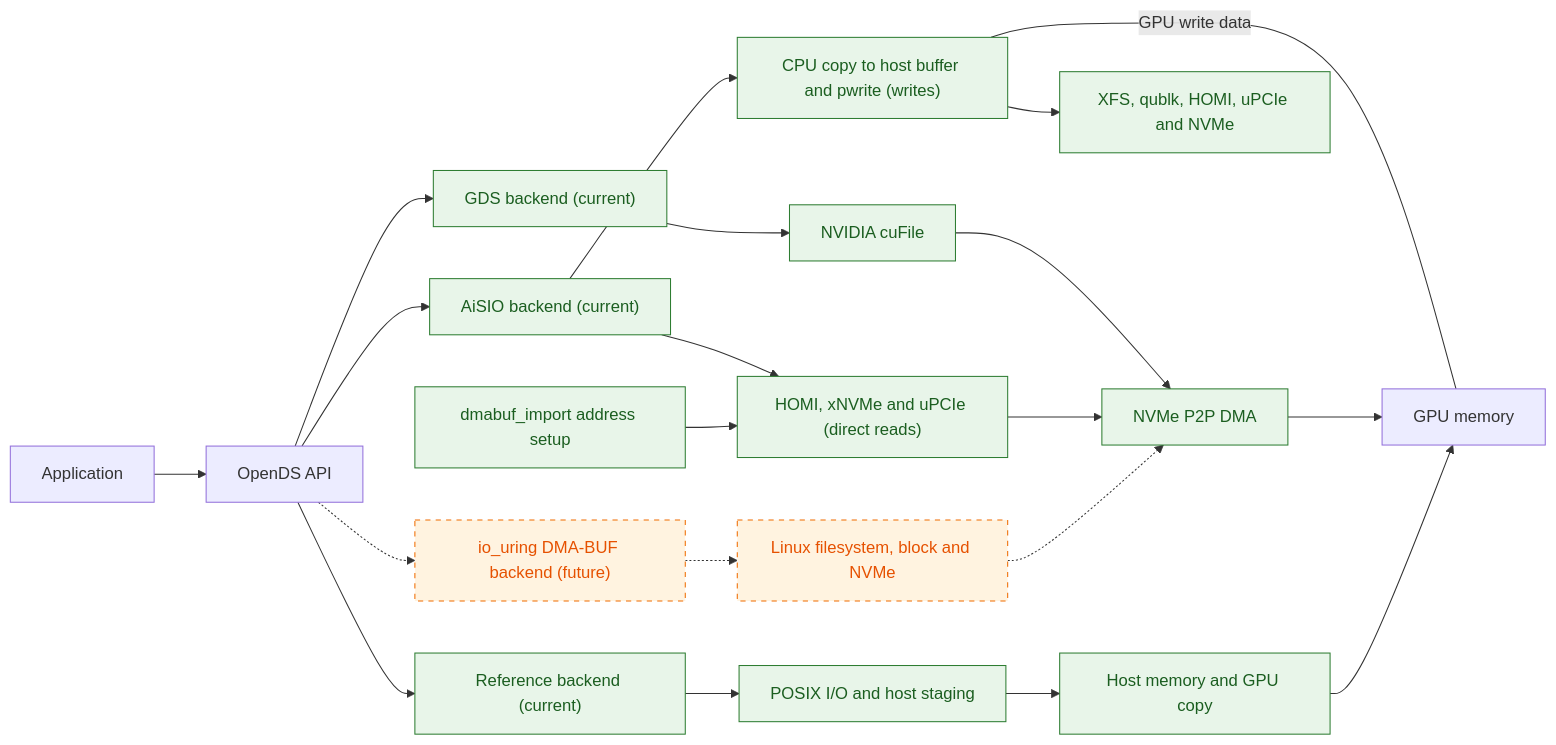
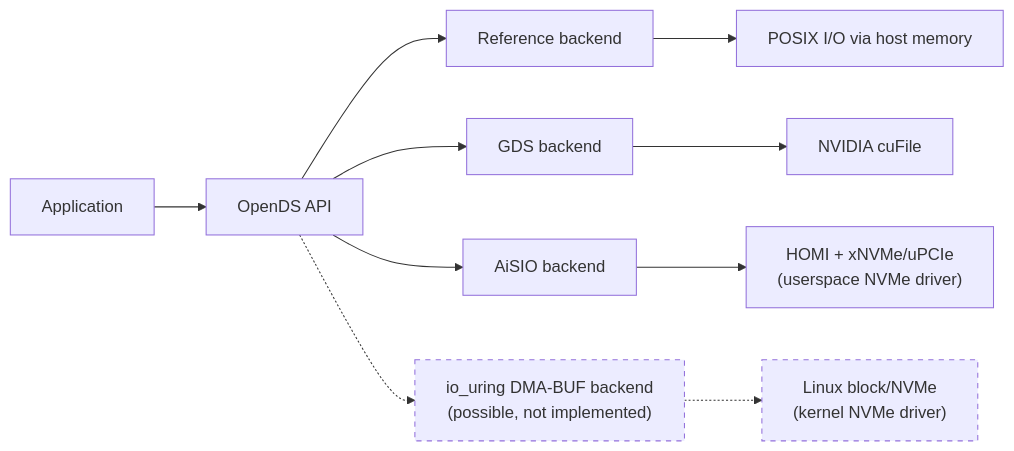
One commit to anuj7781/pages changed the first of 5 diagrams in aisio-opends-notes.md. Above: the diagram before and after it, drawn with Mermaid. The commit also changed other lines of this file, not shown here.

Commit message:
docs: split AiSIO/OpenDS diagrams by path

````diff
--- a/aisio-opends-notes.md
+++ b/aisio-opends-notes.md
@@ -42,30 +42,11 @@
 ```mermaid
 flowchart LR
     app["Application"] --> api["OpenDS API"]
+    api --> ref["Reference backend"] --> posix["POSIX I/O via host memory"]
+    api --> gds["GDS backend"] --> cufile["NVIDIA cuFile"]
+    api --> aisio["AiSIO backend"] --> user["HOMI + xNVMe/uPCIe<br/>(userspace NVMe driver)"]
+    api -.-> uring["io_uring DMA-BUF backend<br/>(possible, not implemented)"] -.-> kern["Linux block/NVMe<br/>(kernel NVMe driver)"]
 
-    api --> ref["Reference backend (current)"]
-    api --> gds["GDS backend (current)"]
-    api --> aisio["AiSIO backend (current)"]
-    api -.-> uring["io_uring DMA-BUF backend (future)"]
-
-    ref --> posix["POSIX I/O and host staging"]
-    gds --> cufile["NVIDIA cuFile"]
-    aisio --> userStack["HOMI, xNVMe and uPCIe (direct reads)"]
-    aisio --> stagedWrites["CPU copy to host buffer and pwrite (writes)"]
-    importer["dmabuf_import address setup"] --> userStack
-    uring -.-> kernelStack["Linux filesystem, block and NVMe"]
-
-    posix --> hostPath["Host memory and GPU copy"]
-    stagedWrites <---|"GPU write data"| gpu
-    stagedWrites --> writeStack["XFS, qublk, HOMI, uPCIe and NVMe"]
-    cufile --> p2pPath["NVMe P2P DMA"]
-    userStack --> p2pPath
-    kernelStack -.-> p2pPath
-    p2pPath --> gpu["GPU memory"]
-    hostPath --> gpu
-
-    classDef current fill:#e8f5e9,stroke:#2e7d32,color:#1b5e20
-    classDef future fill:#fff3e0,stroke:#ef6c00,color:#e65100,stroke-dasharray:5 5
-    class ref,gds,aisio,posix,cufile,userStack,stagedWrites,writeStack,importer,hostPath,p2pPath current
-    class uring,kernelStack future
+    classDef future stroke-dasharray:5 5
+    class uring,kern future
 ```
````
